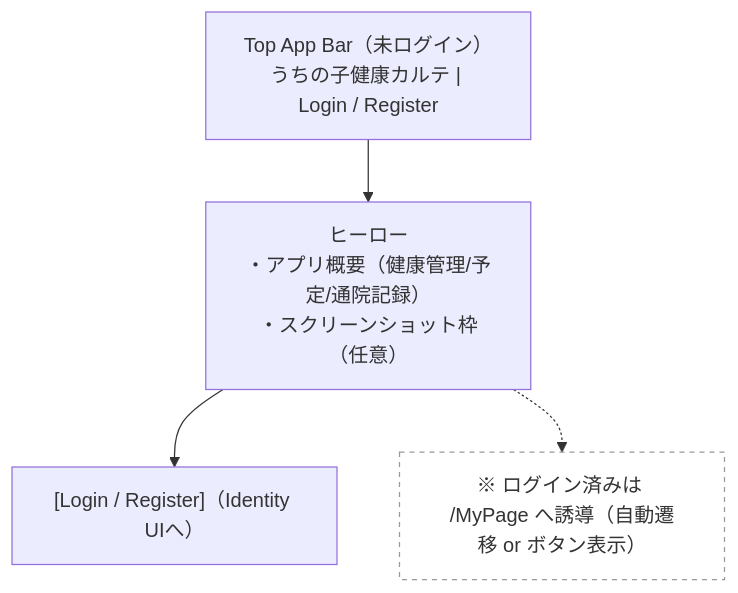
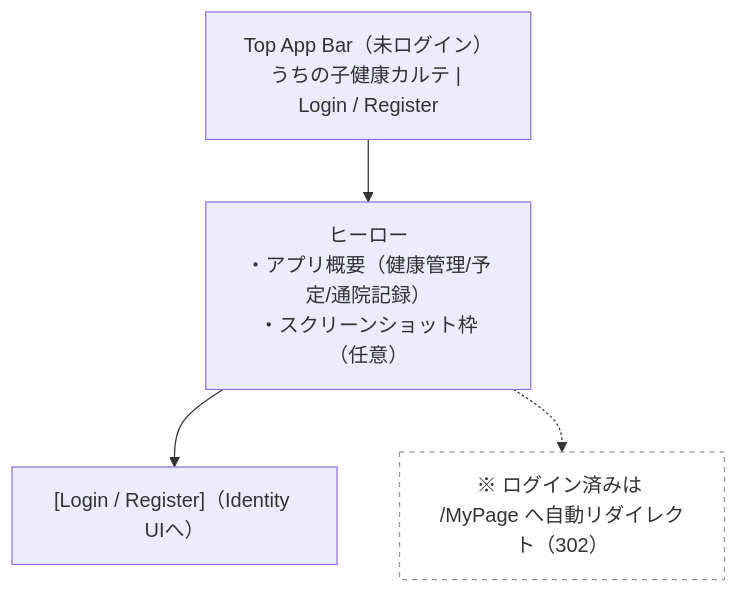
The second of 24 diagrams in docs/ui-wireframe.md (Cat5Dog2/PetHealthManagement), drawn with Mermaid before and after one commit. The commit also changed other lines of this file and 41 other files, not shown here.

````diff
--- a/docs/ui-wireframe.md
+++ b/docs/ui-wireframe.md
@@ -30,12 +39,12 @@
 ```mermaid
 flowchart TB
   Header["Top App Bar（未ログイン）<br/>うちの子健康カルテ | Login / Register"]
   Hero["ヒーロー<br/>・アプリ概要（健康管理/予定/通院記録）<br/>・スクリーンショット枠（任意）"]
   CTA["[Login / Register]（Identity UIへ）"]
-  Note["※ ログイン済みは /MyPage へ誘導（自動遷移 or ボタン表示）"]:::note
+  Note["※ ログイン済みは /MyPage へ自動リダイレクト（302）"]:::note
 
   Header --> Hero --> CTA
   Hero -.-> Note
 
   classDef note fill:#fff,stroke:#999,stroke-dasharray: 4 4,color:#333;
 ```
````
